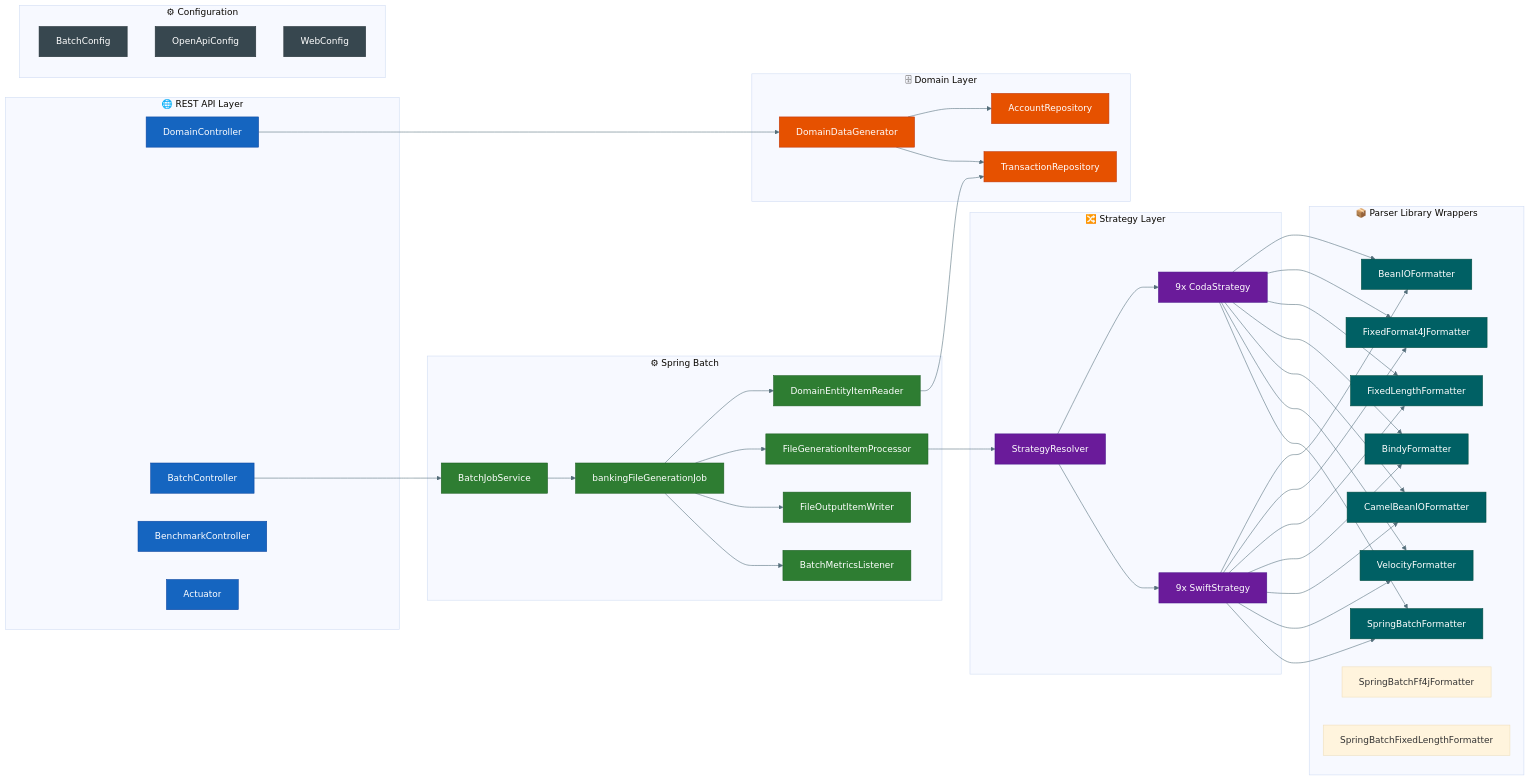
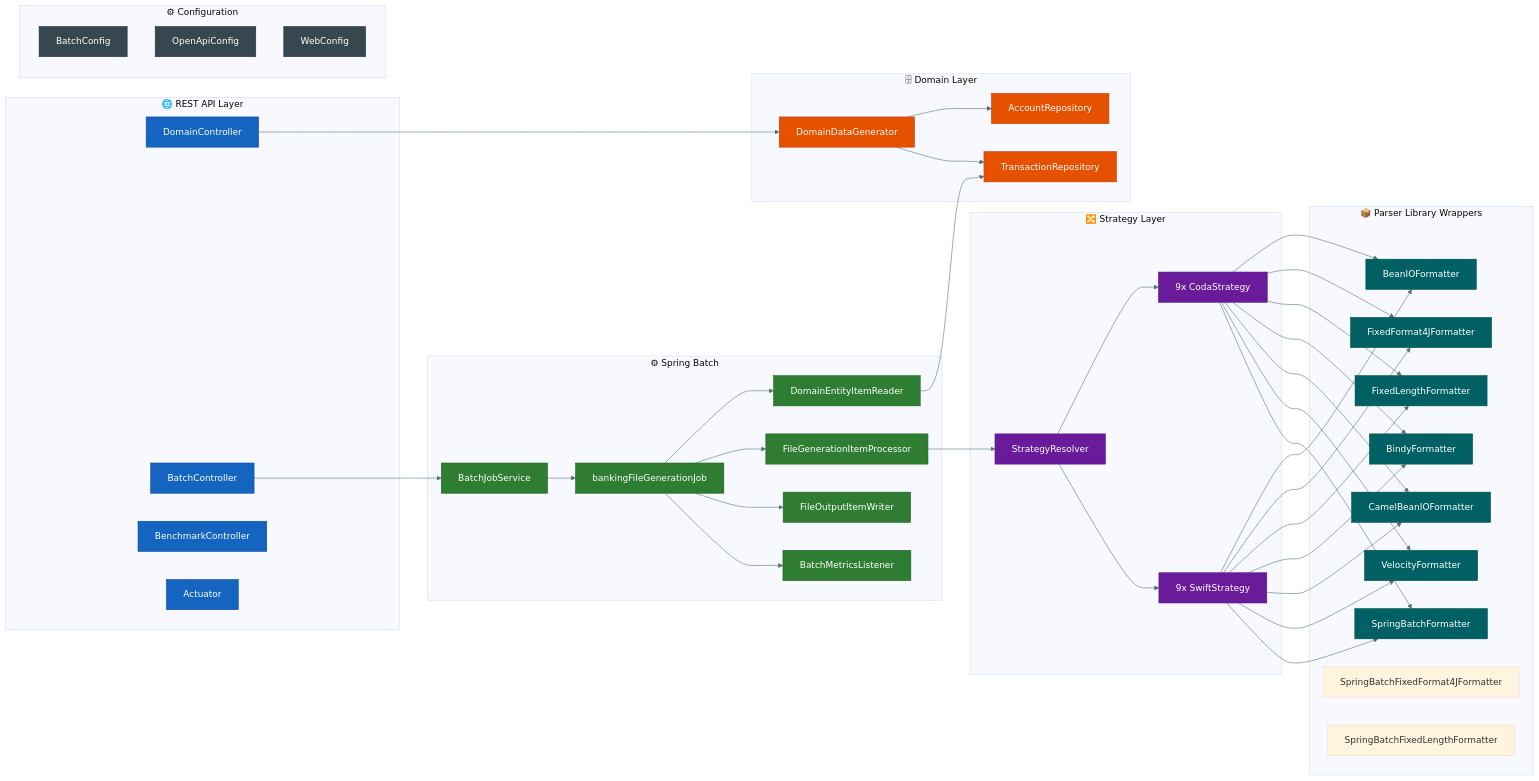
Before and after one commit to wallaceespindola/fixed-length-converters: the diagram in docs/diagrams/component-diagram.mmd, drawn with Mermaid. The commit also changed 29 other files, not shown here.

```diff
--- a/docs/diagrams/component-diagram.mmd
+++ b/docs/diagrams/component-diagram.mmd
@@ -1,89 +1,89 @@
 %%{init: {'theme': 'base', 'themeVariables': {'lineColor': '#546e7a'}}}%%
 graph LR
     classDef apiStyle      fill:#1565c0,stroke:#0d47a1,color:#fff
     classDef batchStyle    fill:#2e7d32,stroke:#1b5e20,color:#fff
     classDef strategyStyle fill:#6a1b9a,stroke:#4a148c,color:#fff
     classDef parserStyle   fill:#006064,stroke:#004d40,color:#fff
     classDef domainStyle   fill:#e65100,stroke:#bf360c,color:#fff
     classDef configStyle   fill:#37474f,stroke:#263238,color:#fff
 
     subgraph API["🌐 REST API Layer"]
         DC[DomainController]
         BC[BatchController]
         BNC[BenchmarkController]
         ACT[Actuator]
     end
 
     subgraph Batch["⚙ Spring Batch"]
         JS[BatchJobService]
         JOB[bankingFileGenerationJob]
         IR[DomainEntityItemReader]
         IP[FileGenerationItemProcessor]
         IW[FileOutputItemWriter]
         BML[BatchMetricsListener]
     end
 
     subgraph Strategy["🔀 Strategy Layer"]
         SR[StrategyResolver]
         CS["9x CodaStrategy"]
         SS["9x SwiftStrategy"]
     end
 
     subgraph Parser["📦 Parser Library Wrappers"]
         BIO[BeanIOFormatter]
         FF4J[FixedFormat4JFormatter]
         VL[FixedLengthFormatter]
         BINDY[BindyFormatter]
         CBIO[CamelBeanIOFormatter]
         VEL[VelocityFormatter]
         SBF[SpringBatchFormatter]
-        SBFF[SpringBatchFf4jFormatter]
+        SBFF[SpringBatchFixedFormat4JFormatter]
         SBVL[SpringBatchFixedLengthFormatter]
     end
 
     subgraph Domain["🗄 Domain Layer"]
         DDG[DomainDataGenerator]
         AR[AccountRepository]
         TR[TransactionRepository]
     end
 
     subgraph Config["⚙ Configuration"]
         BCFG[BatchConfig]
         OAC[OpenApiConfig]
         WC[WebConfig]
     end
 
     DC --> DDG
     BC --> JS
     JS --> JOB
     JOB --> IR
     JOB --> IP
     JOB --> IW
     JOB --> BML
     IP --> SR
     SR --> CS
     SR --> SS
     CS --> BIO
     CS --> FF4J
     CS --> VL
     CS --> BINDY
     CS --> CBIO
     CS --> VEL
     CS --> SBF
     SS --> BIO
     SS --> FF4J
     SS --> VL
     SS --> BINDY
     SS --> CBIO
     SS --> VEL
     SS --> SBF
     IR --> TR
     DDG --> AR
     DDG --> TR
 
     class DC,BC,BNC,ACT apiStyle
     class JS,JOB,IR,IP,IW,BML batchStyle
     class SR,CS,SS strategyStyle
     class BIO,FF4J,VL,BINDY,CBIO,VEL,SBF parserStyle
     class DDG,AR,TR domainStyle
     class BCFG,OAC,WC configStyle
```
